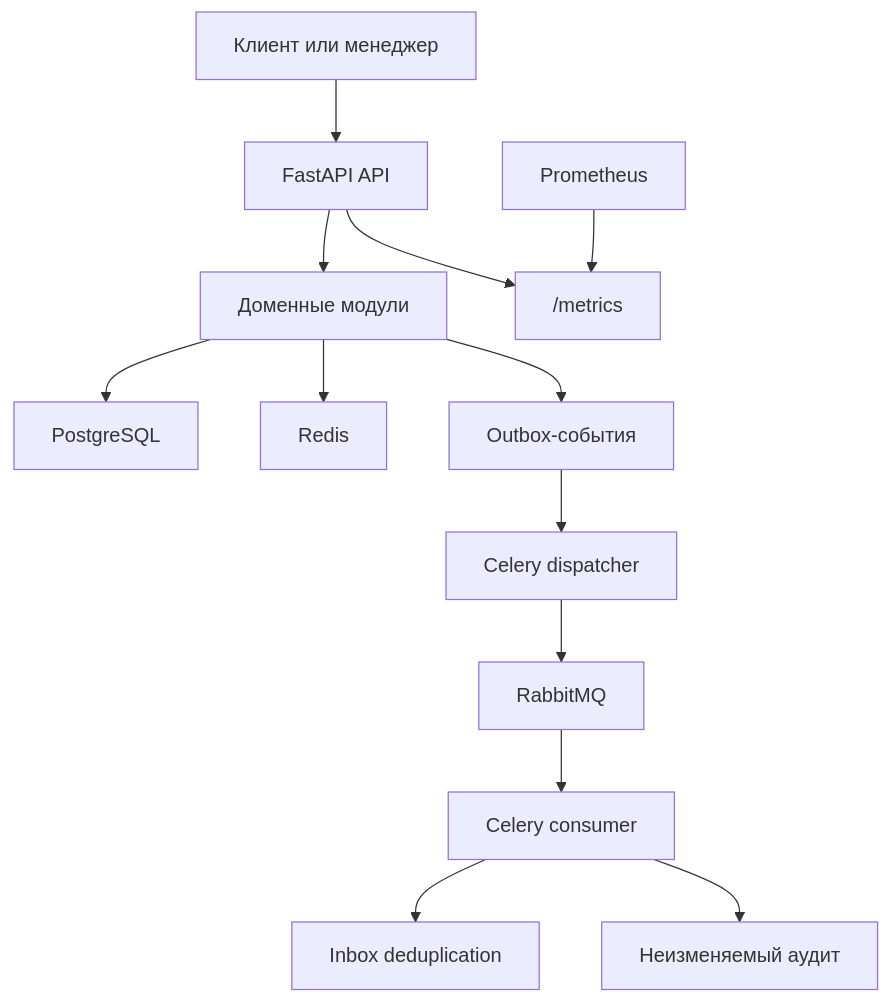
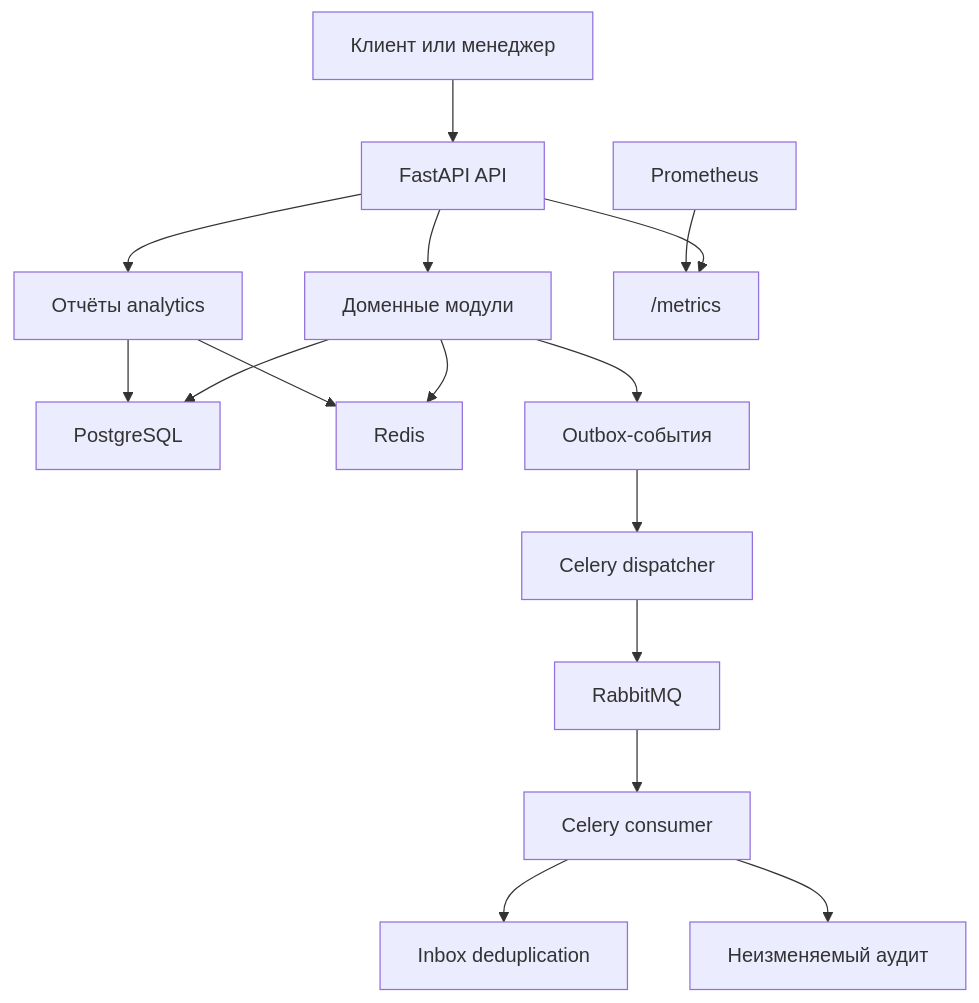
Before and after one commit to sqoapwish/orderflow: the diagram in README.md, drawn with Mermaid. The commit also changed other lines of this file and 26 other files, not shown here.

````diff
--- a/README.md
+++ b/README.md
@@ -65,15 +68,18 @@
 ```mermaid
 flowchart TD
     Client["Клиент или менеджер"] --> API["FastAPI API"]
     API --> Modules["Доменные модули"]
     Modules --> PostgreSQL["PostgreSQL"]
     Modules --> Redis["Redis"]
     Modules --> Outbox["Outbox-события"]
     Outbox --> Dispatcher["Celery dispatcher"]
     Dispatcher --> RabbitMQ["RabbitMQ"]
     RabbitMQ --> Consumer["Celery consumer"]
     Consumer --> Inbox["Inbox deduplication"]
     Consumer --> Audit["Неизменяемый аудит"]
+    API --> Analytics["Отчёты analytics"]
+    Analytics --> PostgreSQL
+    Analytics --> Redis
     API --> Metrics["/metrics"]
     Prometheus["Prometheus"] --> Metrics
 ```
````
